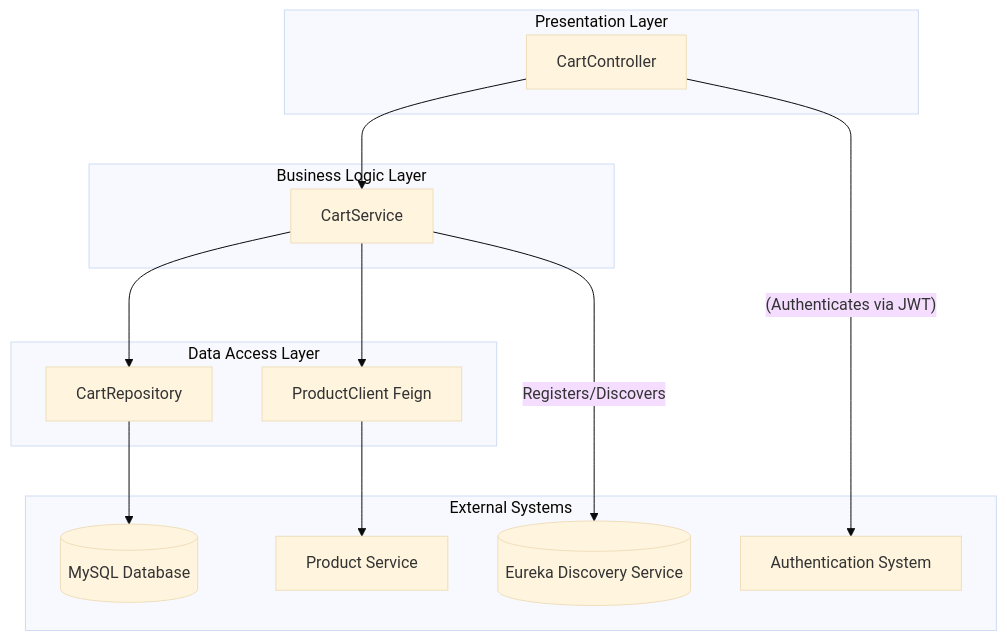
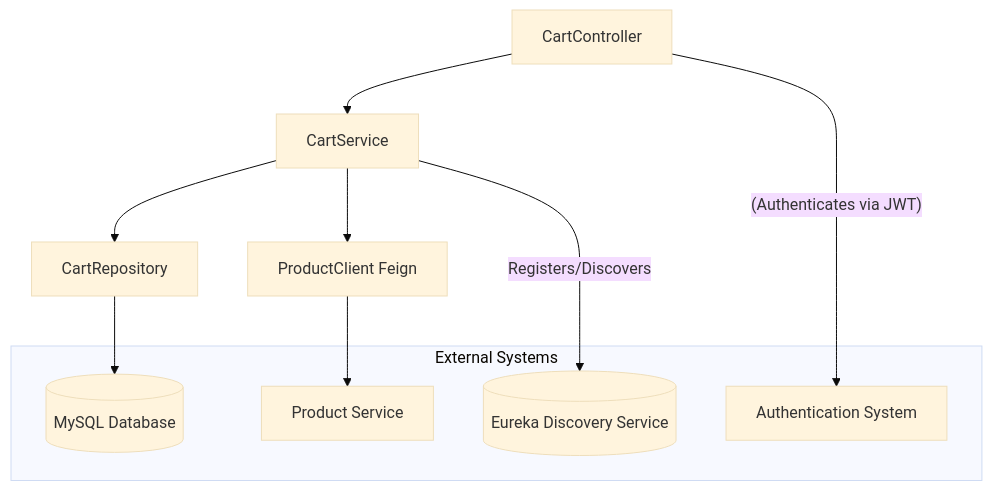
The first of 2 diagrams in README.md (ACHYUTH-S-11/E_Commerce), drawn with Mermaid (base theme) before and after one commit.

Commit message:
diagram updated

````diff
--- a/README.md
+++ b/README.md
@@ -59,33 +59,24 @@
 ```mermaid
 graph TD
-    
-        subgraph "Presentation Layer"
-            CartController[CartController]
-        end
 
-        subgraph "Business Logic Layer"
-            CartService[CartService]
-        end
+  CartController[CartController]
+  CartService[CartService]
+  CartRepository[CartRepository]
+  ProductClient[ProductClient Feign]
 
-        subgraph "Data Access Layer"
-            CartRepository[CartRepository]
-            ProductClient[ProductClient Feign]
-        end
-    
-
-    subgraph "External Systems"
+   subgraph "External Systems"
         MySQL[(MySQL Database)]
         ProductService[Product Service]
         AuthenticationSystem[Authentication System]
         Eureka[(Eureka Discovery Service)]
     end
 
     CartController --> CartService
     CartService --> CartRepository
     CartService --> ProductClient
     CartRepository --> MySQL
     ProductClient --> ProductService
     CartController -- (Authenticates via JWT) --> AuthenticationSystem
     CartService -- Registers/Discovers --> Eureka
 
 ```
````
